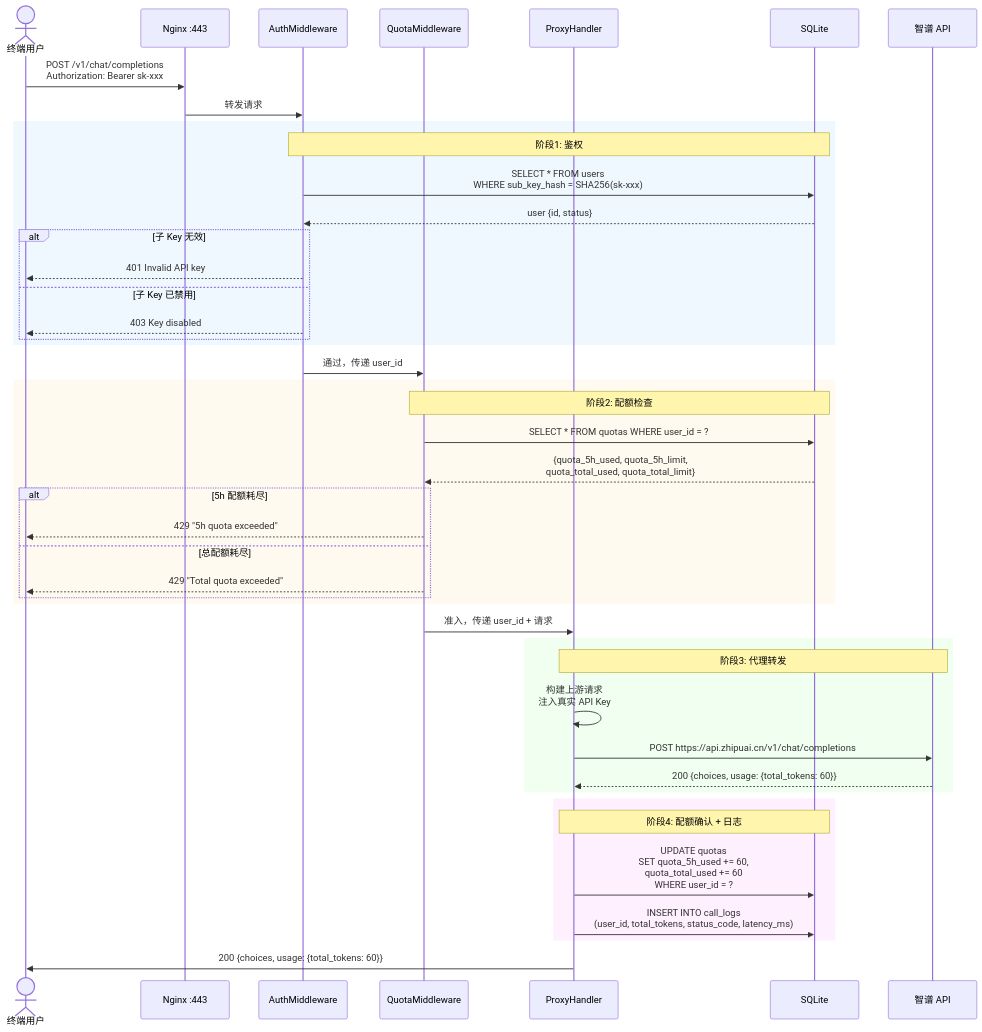
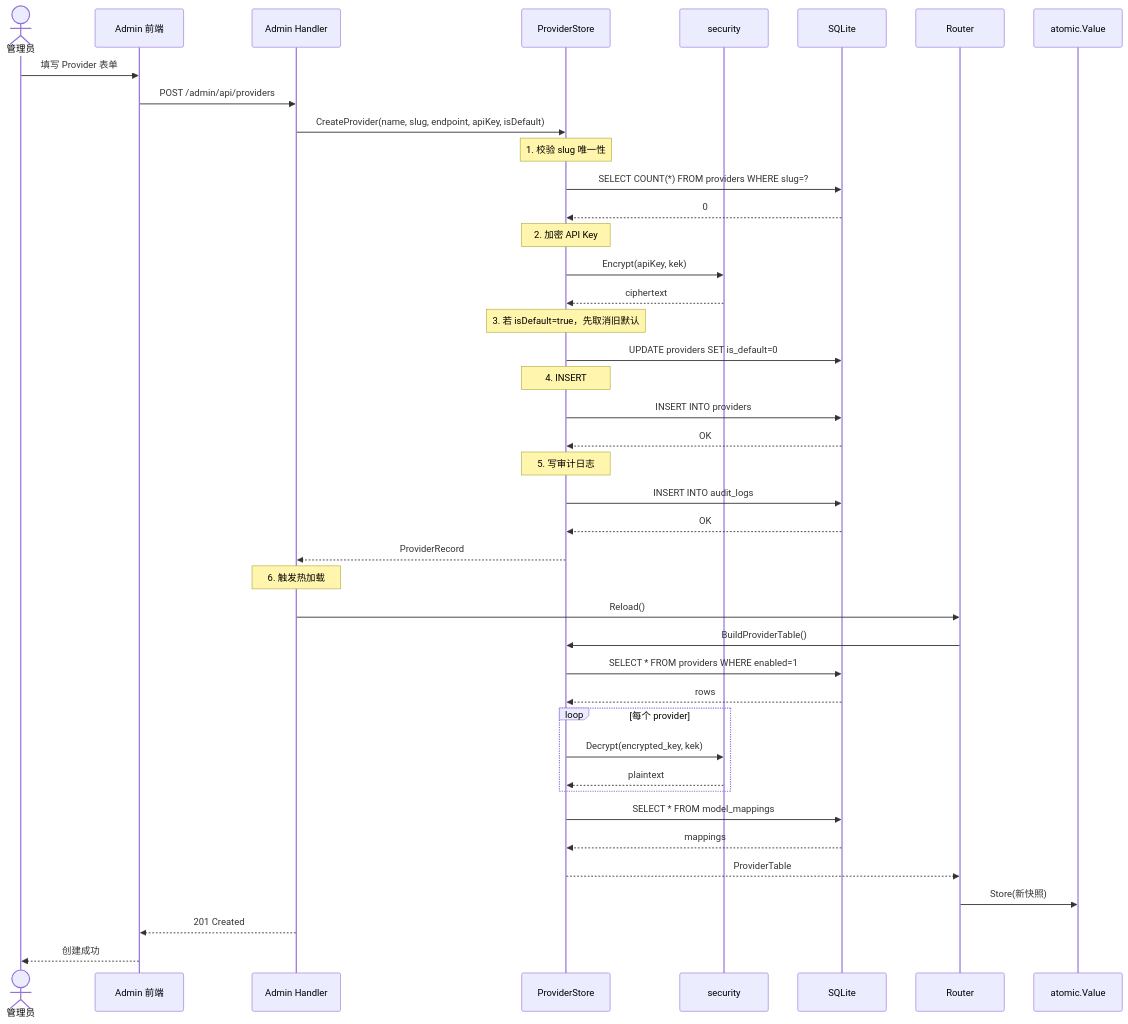
One commit to 16499259-oss/shimiaocheng-llm changed the diagram in docs/sequence-diagram.mermaid. Above: the diagram before and after it, drawn with Mermaid. The commit also changed other lines of this file and 23 other files, not shown here.

First line of the commit message:
feat(admin): multi-provider dynamic management with encrypted key storage and hot-reload

````diff
--- a/docs/sequence-diagram.mermaid
+++ b/docs/sequence-diagram.mermaid
@@ -5,54 +1,51 @@
-```mermaid
 sequenceDiagram
-    actor Client as 终端用户
-    participant Nginx as Nginx :443
-    participant Auth as AuthMiddleware
-    participant Quota as QuotaMiddleware
-    participant Proxy as ProxyHandler
+    actor Admin as 管理员
+    participant FE as Admin 前端
+    participant API as Admin Handler
+    participant Store as ProviderStore
+    participant Sec as security
     participant DB as SQLite
-    participant Zhipu as 智谱 API
+    participant R as Router
+    participant Table as atomic.Value
 
-    Client->>Nginx: POST /v1/chat/completions<br/>Authorization: Bearer sk-xxx
-    Nginx->>Auth: 转发请求
+    Admin->>FE: 填写 Provider 表单
+    FE->>API: POST /admin/api/providers
+    API->>Store: CreateProvider(name, slug, endpoint, apiKey, isDefault)
 
-    rect rgb(240, 248, 255)
-        Note over Auth,DB: 阶段1: 鉴权
-        Auth->>DB: SELECT * FROM users<br/>WHERE sub_key_hash = SHA256(sk-xxx)
-        DB-->>Auth: user {id, status}
-        alt 子 Key 无效
-            Auth-->>Client: 401 Invalid API key
-        else 子 Key 已禁用
-            Auth-->>Client: 403 Key disabled
-        end
+    Note over Store: 1. 校验 slug 唯一性
+    Store->>DB: SELECT COUNT(*) FROM providers WHERE slug=?
+    DB-->>Store: 0
+
+    Note over Store: 2. 加密 API Key
+    Store->>Sec: Encrypt(apiKey, kek)
+    Sec-->>Store: ciphertext
+
+    Note over Store: 3. 若 isDefault=true，先取消旧默认
+    Store->>DB: UPDATE providers SET is_default=0
+
+    Note over Store: 4. INSERT
+    Store->>DB: INSERT INTO providers
+    DB-->>Store: OK
+
+    Note over Store: 5. 写审计日志
+    Store->>DB: INSERT INTO audit_logs
+    DB-->>Store: OK
+
+    Store-->>API: ProviderRecord
+
+    Note over API: 6. 触发热加载
+    API->>R: Reload()
+    R->>Store: BuildProviderTable()
+    Store->>DB: SELECT * FROM providers WHERE enabled=1
+    DB-->>Store: rows
+    loop 每个 provider
+        Store->>Sec: Decrypt(encrypted_key, kek)
+        Sec-->>Store: plaintext
     end
+    Store->>DB: SELECT * FROM model_mappings
+    DB-->>Store: mappings
+    Store-->>R: ProviderTable
+    R->>Table: Store(新快照)
 
-    Auth->>Quota: 通过，传递 user_id
-
-    rect rgb(255, 250, 240)
-        Note over Quota,DB: 阶段2: 配额检查
-        Quota->>DB: SELECT * FROM quotas WHERE user_id = ?
-        DB-->>Quota: {quota_5h_used, quota_5h_limit,<br/>quota_total_used, quota_total_limit}
-        alt 5h 配额耗尽
-            Quota-->>Client: 429 "5h quota exceeded"
-        else 总配额耗尽
-            Quota-->>Client: 429 "Total quota exceeded"
-        end
-    end
-
-    Quota->>Proxy: 准入，传递 user_id + 请求
-
-    rect rgb(240, 255, 240)
-        Note over Proxy,Zhipu: 阶段3: 代理转发
-        Proxy->>Proxy: 构建上游请求<br/>注入真实 API Key
-        Proxy->>Zhipu: POST https://api.zhipuai.cn/v1/chat/completions
-        Zhipu-->>Proxy: 200 {choices, usage: {total_tokens: 60}}
-    end
-
-    rect rgb(255, 240, 255)
-        Note over Proxy,DB: 阶段4: 配额确认 + 日志
-        Proxy->>DB: UPDATE quotas<br/>SET quota_5h_used += 60,<br/>quota_total_used += 60<br/>WHERE user_id = ?
-        Proxy->>DB: INSERT INTO call_logs<br/>(user_id, total_tokens, status_code, latency_ms)
-    end
-
-    Proxy->>Client: 200 {choices, usage: {total_tokens: 60}}
-```
+    API-->>FE: 201 Created
+    FE-->>Admin: 创建成功
````
